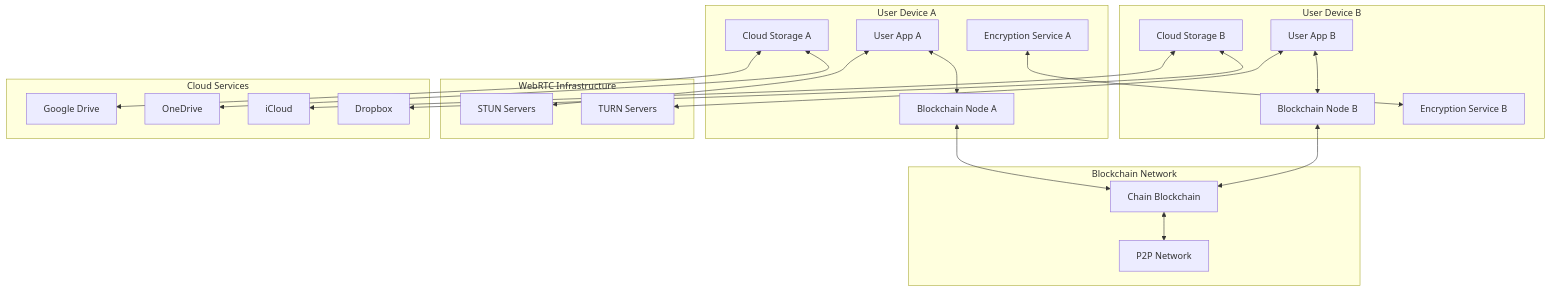
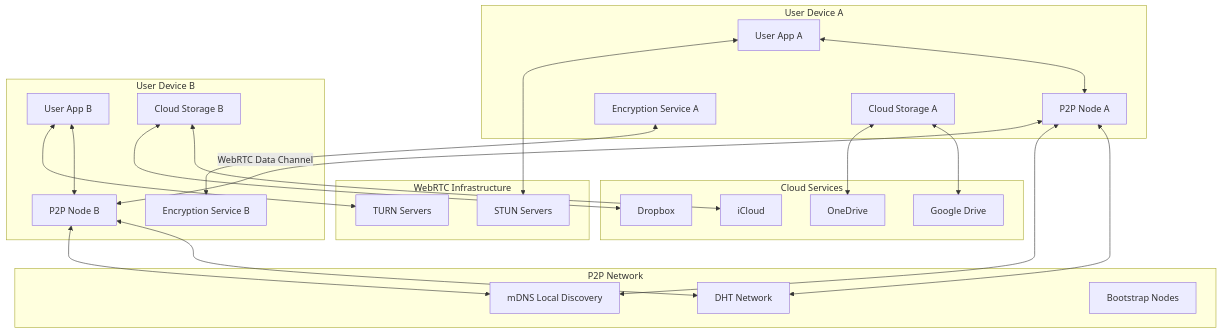
The first of 2 diagrams in Design.md (ag508/Chain), drawn with Mermaid before and after one commit. The commit also changed other lines of this file and 14 other files, not shown here.

First line of the commit message:
Refactor to pure P2P architecture - remove blockchain dependencies

````diff
--- a/Design.md
+++ b/Design.md
@@ -13,48 +13,51 @@
 ```mermaid
 graph TB
     subgraph "User Device A"
         UA[User App A]
-        BNA[Blockchain Node A]
+        P2PA[P2P Node A]
         ESA[Encryption Service A]
         CSA[Cloud Storage A]
     end
-    
+
     subgraph "User Device B"
         UB[User App B]
-        BNB[Blockchain Node B]
+        P2PB[P2P Node B]
         ESB[Encryption Service B]
         CSB[Cloud Storage B]
     end
-    
-    subgraph "Blockchain Network"
-        BC[Chain Blockchain]
-        P2P[P2P Network]
+
+    subgraph "P2P Network"
+        DHT[DHT Network]
+        MDNS[mDNS Local Discovery]
+        BOOTSTRAP[Bootstrap Nodes]
     end
     
     subgraph "WebRTC Infrastructure"
         STUN[STUN Servers]
         TURN[TURN Servers]
     end
     
     subgraph "Cloud Services"
         GD[Google Drive]
         OD[OneDrive]
         IC[iCloud]
         DB[Dropbox]
     end
     
-    UA <--> BNA
-    UB <--> BNB
-    BNA <--> BC
-    BNB <--> BC
-    BC <--> P2P
-    
+    UA <--> P2PA
+    UB <--> P2PB
+    P2PA <--> DHT
+    P2PB <--> DHT
+    P2PA <--> MDNS
+    P2PB <--> MDNS
+    P2PA <-->|WebRTC Data Channel| P2PB
+
     ESA <--> ESB
     UA <--> STUN
     UB <--> TURN
     
     CSA <--> GD
     CSA <--> OD
     CSB <--> IC
     CSB <--> DB
 ```
````
